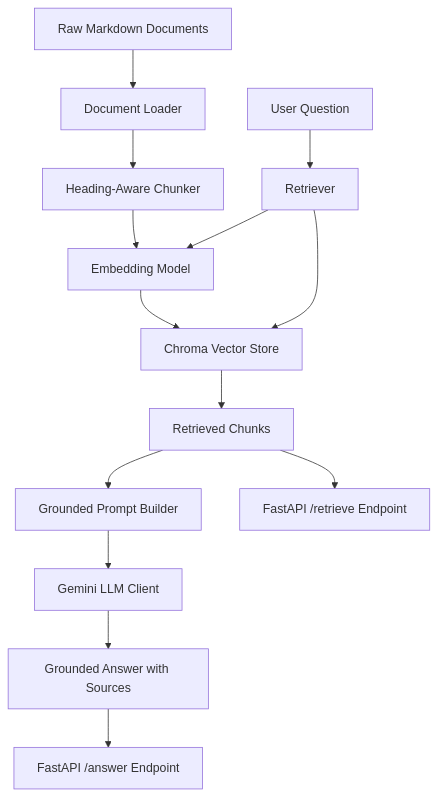
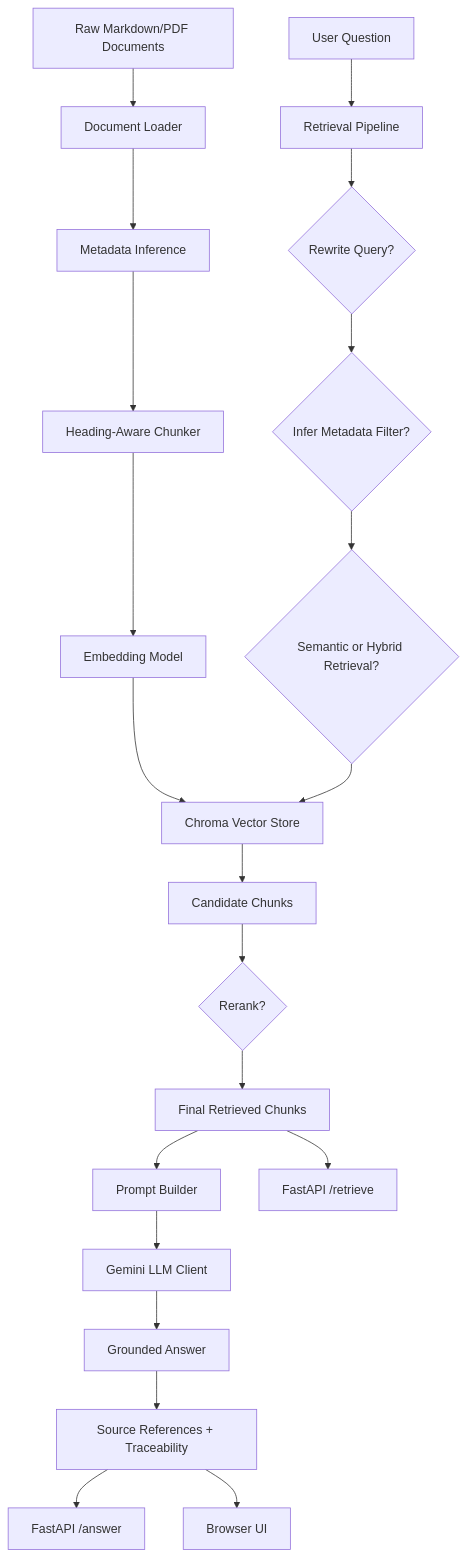
The diagram in docs/ARCHITECTURE.md (ha7n23/banking-knowledge-rag-assistant), drawn with Mermaid before and after one commit. The commit also changed other lines of this file and 6 other files, not shown here.

````diff
--- a/docs/ARCHITECTURE.md
+++ b/docs/ARCHITECTURE.md
@@ -31,18 +35,26 @@
 ```mermaid
 flowchart TD
-    A[Raw Markdown Documents] --> B[Document Loader]
-    B --> C[Heading-Aware Chunker]
-    C --> D[Embedding Model]
-    D --> E[Chroma Vector Store]
+    A[Raw Markdown/PDF Documents] --> B[Document Loader]
+    B --> C[Metadata Inference]
+    C --> D[Heading-Aware Chunker]
+    D --> E[Embedding Model]
+    E --> F[Chroma Vector Store]
 
-    F[User Question] --> G[Retriever]
-    G --> D
-    G --> E
-    E --> H[Retrieved Chunks]
-    H --> I[Grounded Prompt Builder]
-    I --> J[Gemini LLM Client]
-    J --> K[Grounded Answer with Sources]
+    G[User Question] --> H[Retrieval Pipeline]
+    H --> I{Rewrite Query?}
+    I --> J{Infer Metadata Filter?}
+    J --> K{Semantic or Hybrid Retrieval?}
+    K --> F
+    F --> L[Candidate Chunks]
+    L --> M{Rerank?}
+    M --> N[Final Retrieved Chunks]
 
-    K --> L[FastAPI /answer Endpoint]
-    H --> M[FastAPI /retrieve Endpoint]
+    N --> O[Prompt Builder]
+    O --> P[Gemini LLM Client]
+    P --> Q[Grounded Answer]
+    Q --> R[Source References + Traceability]
+
+    R --> S[FastAPI /answer]
+    N --> T[FastAPI /retrieve]
+    R --> U[Browser UI]
 ```
````
